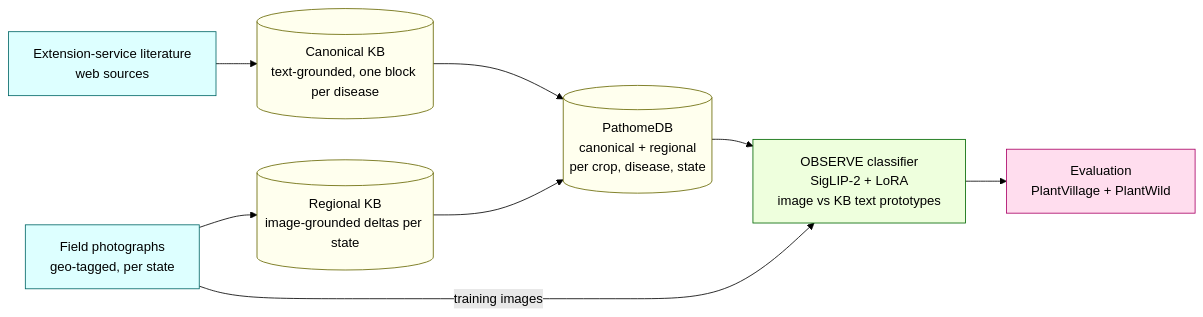
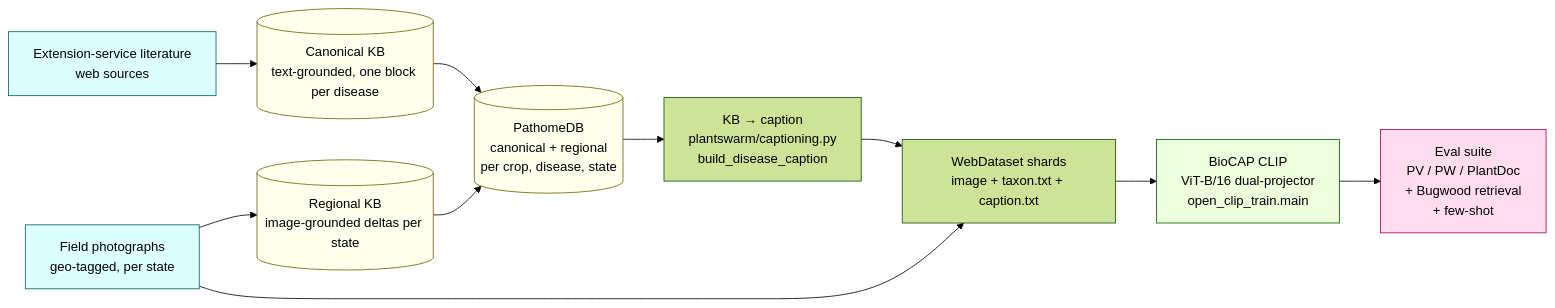
Before and after one commit to tirtho149/PRESAGE: the first of 4 diagrams in PIPELINE.md, drawn with Mermaid (forest theme). The commit also changed other lines of this file and 224 other files, not shown here.

````diff
--- a/PIPELINE.md
+++ b/PIPELINE.md
@@ -18,27 +23,31 @@
 ```mermaid
 flowchart LR
     A[Extension-service literature<br/>web sources]
     B[Field photographs<br/>geo-tagged, per state]
     K[(Canonical KB<br/>text-grounded, one block per disease)]
     R[(Regional KB<br/>image-grounded deltas per state)]
     DB[(PathomeDB<br/>canonical + regional<br/>per crop, disease, state)]
-    C[OBSERVE classifier<br/>SigLIP-2 + LoRA<br/>image vs KB text prototypes]
-    E[Evaluation<br/>PlantVillage + PlantWild]
+    CAP[KB → caption<br/>plantswarm/captioning.py<br/>build_disease_caption]
+    SH[WebDataset shards<br/>image + taxon.txt + caption.txt]
+    C[BioCAP CLIP<br/>ViT-B/16 dual-projector<br/>open_clip_train.main]
+    E[Eval suite<br/>PV / PW / PlantDoc<br/>+ Bugwood retrieval<br/>+ few-shot]
 
     A --> K
     B --> R
     K --> DB
     R --> DB
-    DB --> C
-    B -- training images --> C
+    DB --> CAP
+    B --> SH
+    CAP --> SH
+    SH --> C
     C --> E
 
     classDef src fill:#dff,stroke:#066
     classDef kb fill:#ffe,stroke:#660
     classDef model fill:#efd,stroke:#060
     classDef eval fill:#fde,stroke:#a06
     class A,B src
     class K,R,DB kb
     class C model
     class E eval
 ```
````
